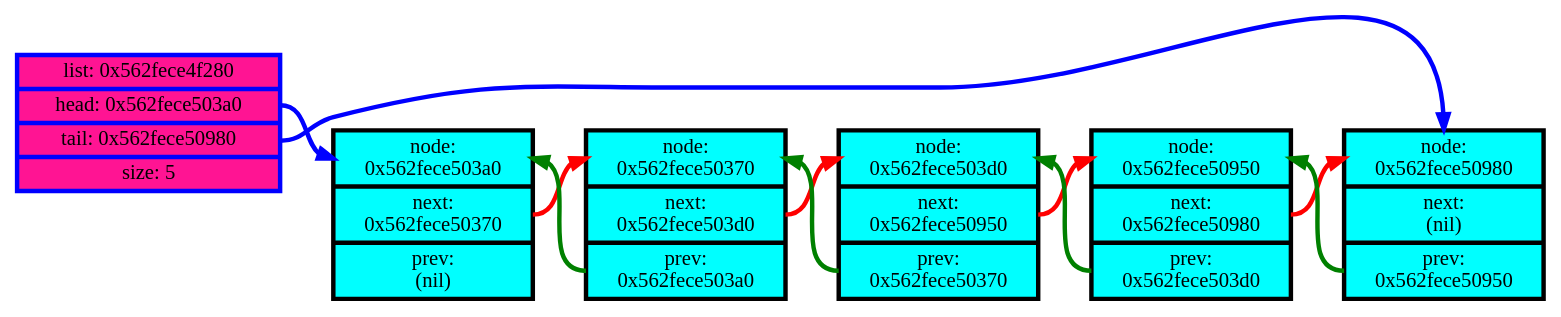
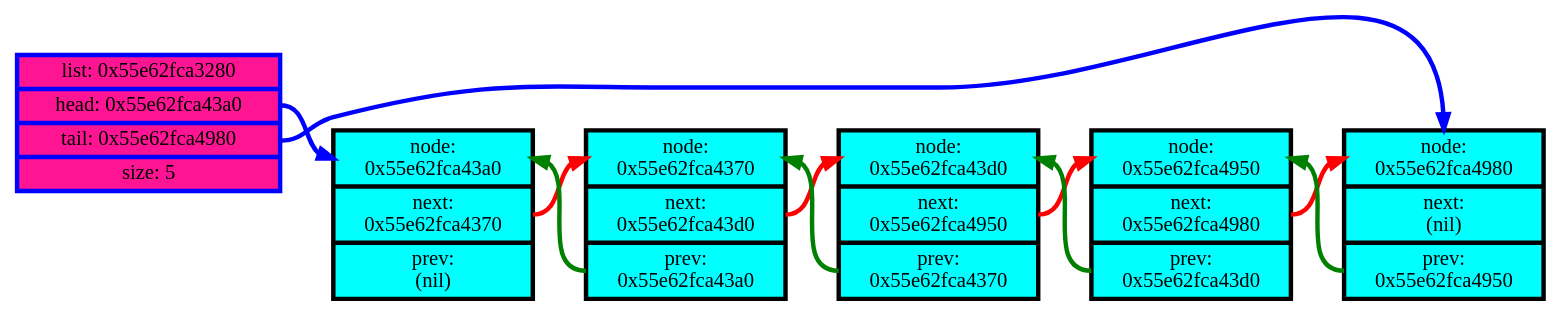
Before and after one commit to LegendaryHog/c_list: the diagram in dump.dot, drawn with Graphviz. The commit also changed 2 other files, not shown here.

Commit message:
graph dump debug

```diff
--- a/dump.dot
+++ b/dump.dot
@@ -1,28 +1,28 @@
 digraph G {
 	rankdir="LR";
-	List[shape=record, style=filled, penwidth=3.0, fillcolor=deeppink, color=blue, label="list: 0x562fece4f280 | <head> head: 0x562fece503a0 | <tail> tail: 0x562fece50980 | size: 5"];
+	List[shape=record, style=filled, penwidth=3.0, fillcolor=deeppink, color=blue, label="list: 0x55e62fca3280 | <head> head: 0x55e62fca43a0 | <tail> tail: 0x55e62fca4980 | size: 5"];
 	node[style=filled, shape=record, penwidth=3.0, fillcolor=aqua];
-	Node_0x562fece503a0[label="<_node_>node:\n0x562fece503a0 | <next>next:\n0x562fece50370 | <prev>prev:\n(nil)"];
-	Node_0x562fece50370[label="<_node_>node:\n0x562fece50370 | <next>next:\n0x562fece503d0 | <prev>prev:\n0x562fece503a0"];
-	Node_0x562fece503d0[label="<_node_>node:\n0x562fece503d0 | <next>next:\n0x562fece50950 | <prev>prev:\n0x562fece50370"];
-	Node_0x562fece50950[label="<_node_>node:\n0x562fece50950 | <next>next:\n0x562fece50980 | <prev>prev:\n0x562fece503d0"];
-	Node_0x562fece50980[label="<_node_>node:\n0x562fece50980 | <next>next:\n(nil) | <prev>prev:\n0x562fece50950"];
-	edge[penwidth=3.0];	Node_0x562fece503a0:next:e -> Node_0x562fece50370:_node_:w[arrowhead=normal, color=red];
-	Node_0x562fece503a0 ->Node_0x562fece50370[style=invis];
-	Node_0x562fece50370:next:e -> Node_0x562fece503d0:_node_:w[arrowhead=normal, color=red];
-	Node_0x562fece50370 ->Node_0x562fece503d0[style=invis];
-	Node_0x562fece50370:prev:w -> Node_0x562fece503a0:_node_:e[arrowhead=normal, color=green];
-	Node_0x562fece50370 ->Node_0x562fece503a0[style=invis];
-	Node_0x562fece503d0:next:e -> Node_0x562fece50950:_node_:w[arrowhead=normal, color=red];
-	Node_0x562fece503d0 ->Node_0x562fece50950[style=invis];
-	Node_0x562fece503d0:prev:w -> Node_0x562fece50370:_node_:e[arrowhead=normal, color=green];
-	Node_0x562fece503d0 ->Node_0x562fece50370[style=invis];
-	Node_0x562fece50950:next:e -> Node_0x562fece50980:_node_:w[arrowhead=normal, color=red];
-	Node_0x562fece50950 ->Node_0x562fece50980[style=invis];
-	Node_0x562fece50950:prev:w -> Node_0x562fece503d0:_node_:e[arrowhead=normal, color=green];
-	Node_0x562fece50950 ->Node_0x562fece503d0[style=invis];
-	Node_0x562fece50980:prev:w -> Node_0x562fece50950:_node_:e[arrowhead=normal, color=green];
-	Node_0x562fece50980 ->Node_0x562fece50950[style=invis];
-	List:head:e -> Node_0x562fece503a0:_node_:w[color=blue, arrowhead=normal];
-	List:tail:e -> Node_0x562fece50980:_node_:n[color=blue, arrowhead=normal];
+	Node_0x55e62fca43a0[label="<_node_>node:\n0x55e62fca43a0 | <next>next:\n0x55e62fca4370 | <prev>prev:\n(nil)"];
+	Node_0x55e62fca4370[label="<_node_>node:\n0x55e62fca4370 | <next>next:\n0x55e62fca43d0 | <prev>prev:\n0x55e62fca43a0"];
+	Node_0x55e62fca43d0[label="<_node_>node:\n0x55e62fca43d0 | <next>next:\n0x55e62fca4950 | <prev>prev:\n0x55e62fca4370"];
+	Node_0x55e62fca4950[label="<_node_>node:\n0x55e62fca4950 | <next>next:\n0x55e62fca4980 | <prev>prev:\n0x55e62fca43d0"];
+	Node_0x55e62fca4980[label="<_node_>node:\n0x55e62fca4980 | <next>next:\n(nil) | <prev>prev:\n0x55e62fca4950"];
+	edge[penwidth=3.0];	Node_0x55e62fca43a0:next:e -> Node_0x55e62fca4370:_node_:w[arrowhead=normal, color=red];
+	Node_0x55e62fca43a0 ->Node_0x55e62fca4370[style=invis];
+	Node_0x55e62fca4370:next:e -> Node_0x55e62fca43d0:_node_:w[arrowhead=normal, color=red];
+	Node_0x55e62fca4370 ->Node_0x55e62fca43d0[style=invis];
+	Node_0x55e62fca4370:prev:w -> Node_0x55e62fca43a0:_node_:e[arrowhead=normal, color=green];
+	Node_0x55e62fca4370 ->Node_0x55e62fca43a0[style=invis];
+	Node_0x55e62fca43d0:next:e -> Node_0x55e62fca4950:_node_:w[arrowhead=normal, color=red];
+	Node_0x55e62fca43d0 ->Node_0x55e62fca4950[style=invis];
+	Node_0x55e62fca43d0:prev:w -> Node_0x55e62fca4370:_node_:e[arrowhead=normal, color=green];
+	Node_0x55e62fca43d0 ->Node_0x55e62fca4370[style=invis];
+	Node_0x55e62fca4950:next:e -> Node_0x55e62fca4980:_node_:w[arrowhead=normal, color=red];
+	Node_0x55e62fca4950 ->Node_0x55e62fca4980[style=invis];
+	Node_0x55e62fca4950:prev:w -> Node_0x55e62fca43d0:_node_:e[arrowhead=normal, color=green];
+	Node_0x55e62fca4950 ->Node_0x55e62fca43d0[style=invis];
+	Node_0x55e62fca4980:prev:w -> Node_0x55e62fca4950:_node_:e[arrowhead=normal, color=green];
+	Node_0x55e62fca4980 ->Node_0x55e62fca4950[style=invis];
+	List:head:e -> Node_0x55e62fca43a0:_node_:w[color=blue, arrowhead=normal];
+	List:tail:e -> Node_0x55e62fca4980:_node_:n[color=blue, arrowhead=normal];
 }
```
